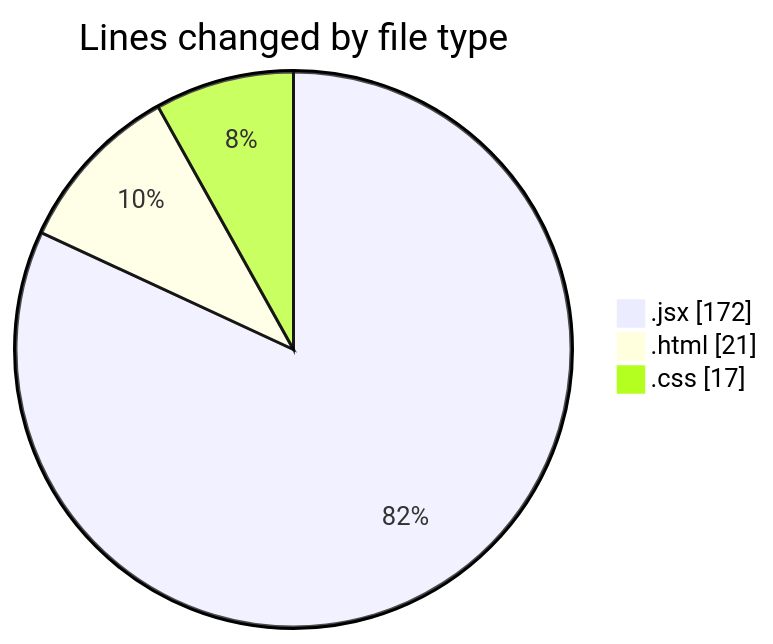
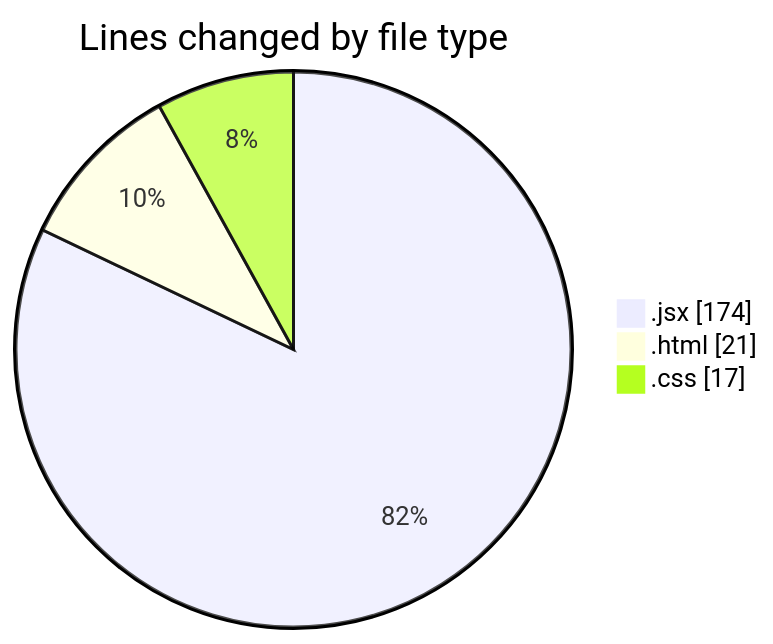
The first of 2 diagrams in 2025-02-13/elitegpt/README.md (Elitesun/code-tracking), drawn with Mermaid before and after one commit. The commit also changed other lines of this file and 1 other file, not shown here.

````diff
--- a/2025-02-13/elitegpt/README.md
+++ b/2025-02-13/elitegpt/README.md
@@ -26,7 +26,7 @@
 ```mermaid
 pie showData
 title Lines changed by file type
-".jsx" : 172
+".jsx" : 174
 ".html" : 21
 ".css" : 17
 ```
````
